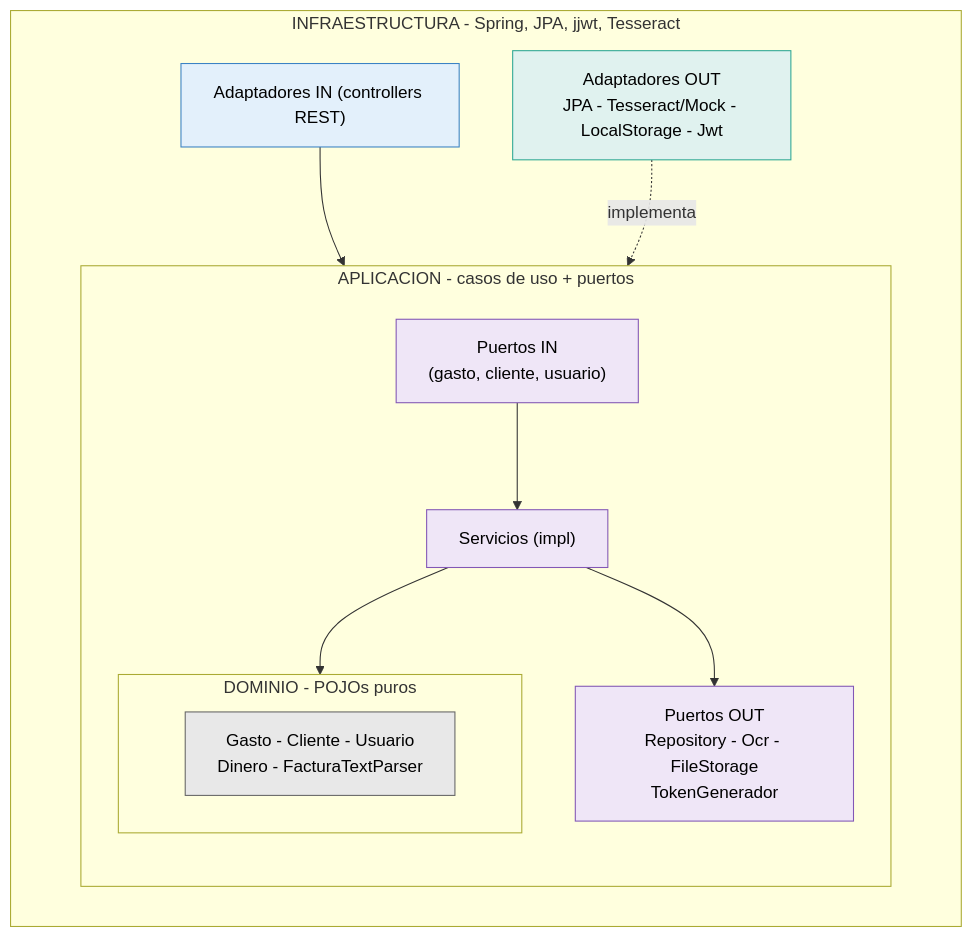
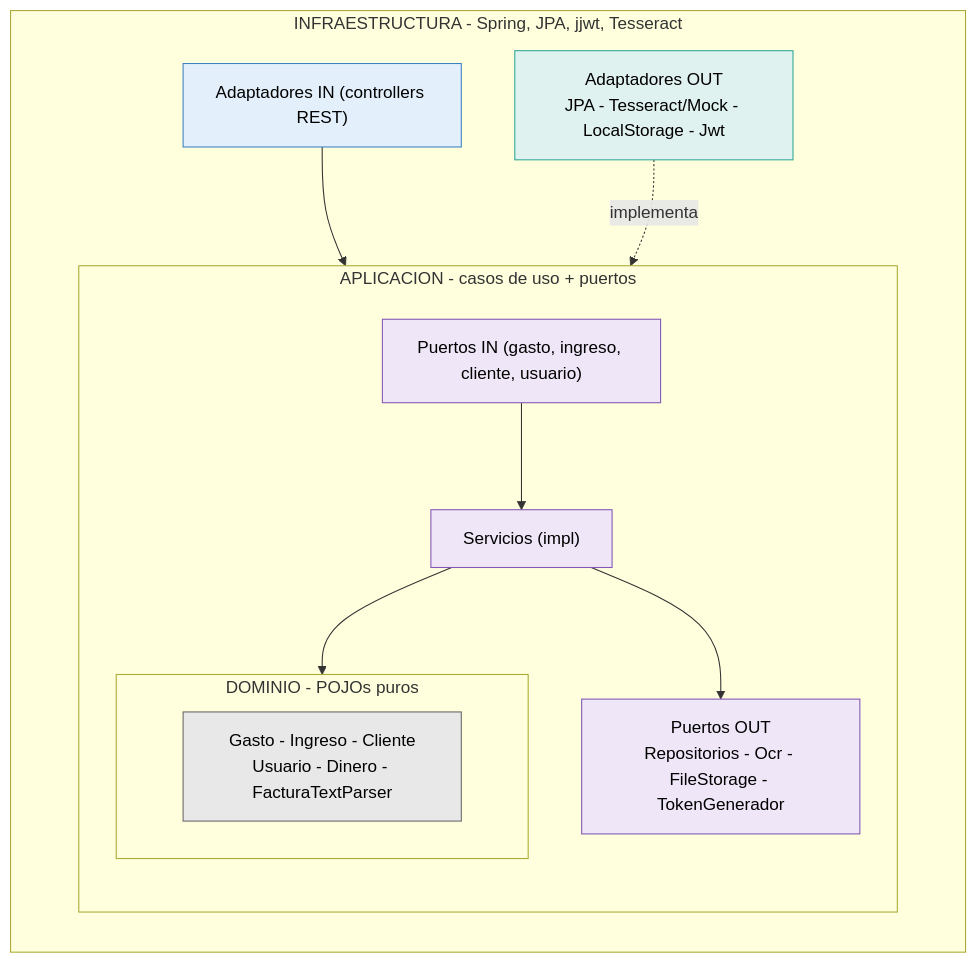
The diagram in README.md (hagi33/GestionFacturas-api), drawn with Mermaid before and after one commit. The commit also changed other lines of this file, not shown here.

````diff
--- a/README.md
+++ b/README.md
@@ -57,32 +58,32 @@
 ```mermaid
 flowchart TB
     subgraph INFRA["INFRAESTRUCTURA - Spring, JPA, jjwt, Tesseract"]
         direction TB
         subgraph APP["APLICACION - casos de uso + puertos"]
             direction TB
             subgraph DOM["DOMINIO - POJOs puros"]
-                D1["Gasto - Cliente - Usuario<br/>Dinero - FacturaTextParser"]
+                D1["Gasto - Ingreso - Cliente<br/>Usuario - Dinero - FacturaTextParser"]
             end
-            PIN["Puertos IN<br/>(gasto, cliente, usuario)"]
+            PIN["Puertos IN (gasto, ingreso, cliente, usuario)"]
             SVC["Servicios (impl)"]
-            POUT["Puertos OUT<br/>Repository - Ocr - FileStorage<br/>TokenGenerador"]
+            POUT["Puertos OUT<br/>Repositorios - Ocr - FileStorage - TokenGenerador"]
         end
         AIN["Adaptadores IN (controllers REST)"]
         AOUT["Adaptadores OUT<br/>JPA - Tesseract/Mock - LocalStorage - Jwt"]
     end
 
     AIN --> PIN
     PIN --> SVC
     SVC --> DOM
     SVC --> POUT
     AOUT -.implementa.-> POUT
 
     classDef dom fill:#e8e8e8,stroke:#666,color:#000
     classDef app fill:#efe6f7,stroke:#8257b5,color:#000
     classDef adin fill:#e3f0fb,stroke:#3b82c4,color:#000
     classDef adout fill:#e0f2ef,stroke:#2fa894,color:#000
     class D1 dom
     class PIN,SVC,POUT app
     class AIN adin
     class AOUT adout
 ```
````
